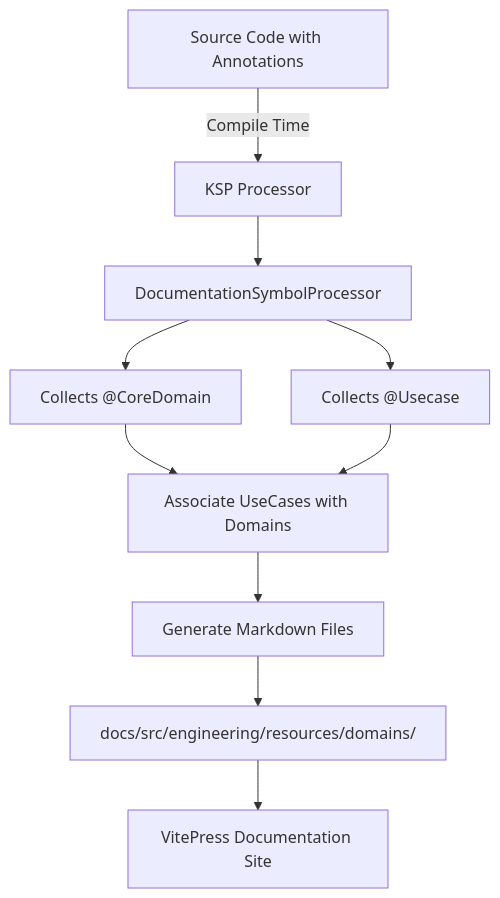
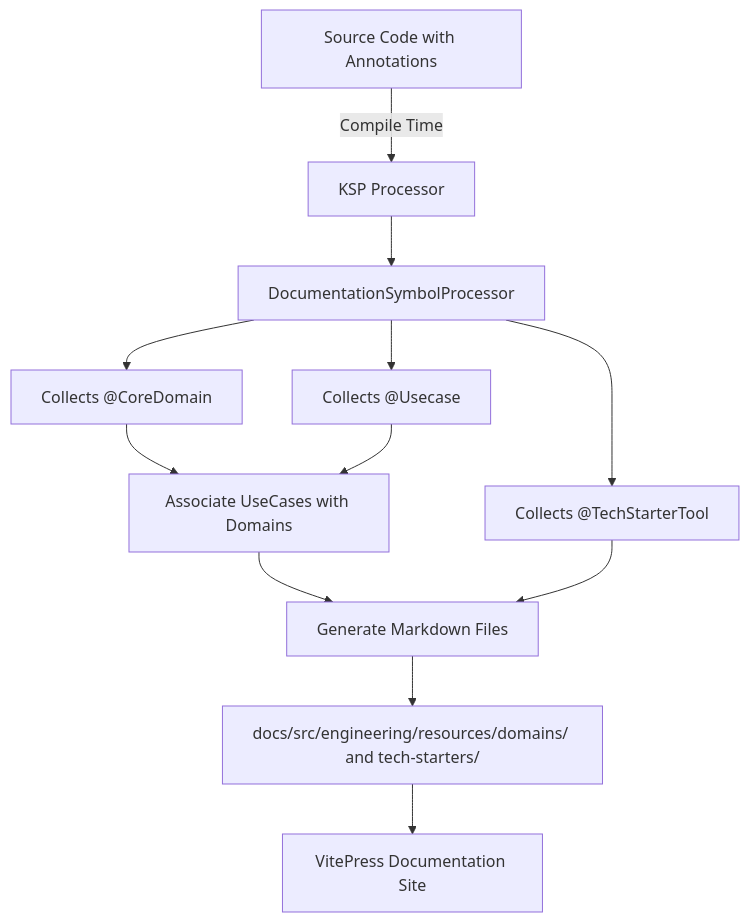
One commit to mboisnard/drinkit changed the diagram in docs/src/engineering/guidelines/best-practices/living-documentation.md. Above: the diagram before and after it, drawn with Mermaid. The commit also changed other lines of this file and 4 other files, not shown here.

````diff
--- a/docs/src/engineering/guidelines/best-practices/living-documentation.md
+++ b/docs/src/engineering/guidelines/best-practices/living-documentation.md
@@ -30,12 +30,14 @@
 ```mermaid
 graph TD
     A[Source Code with Annotations] -->|Compile Time| B[KSP Processor]
     B --> C[DocumentationSymbolProcessor]
     C --> D[Collects @CoreDomain]
     C --> E[Collects @Usecase]
+    C --> T[Collects @TechStarterTool]
     D --> F[Associate UseCases with Domains]
     E --> F
     F --> G[Generate Markdown Files]
-    G --> H[docs/src/engineering/resources/domains/]
+    T --> G
+    G --> H[docs/src/engineering/resources/domains/ and tech-starters/]
     H --> I[VitePress Documentation Site]
 ```
````
